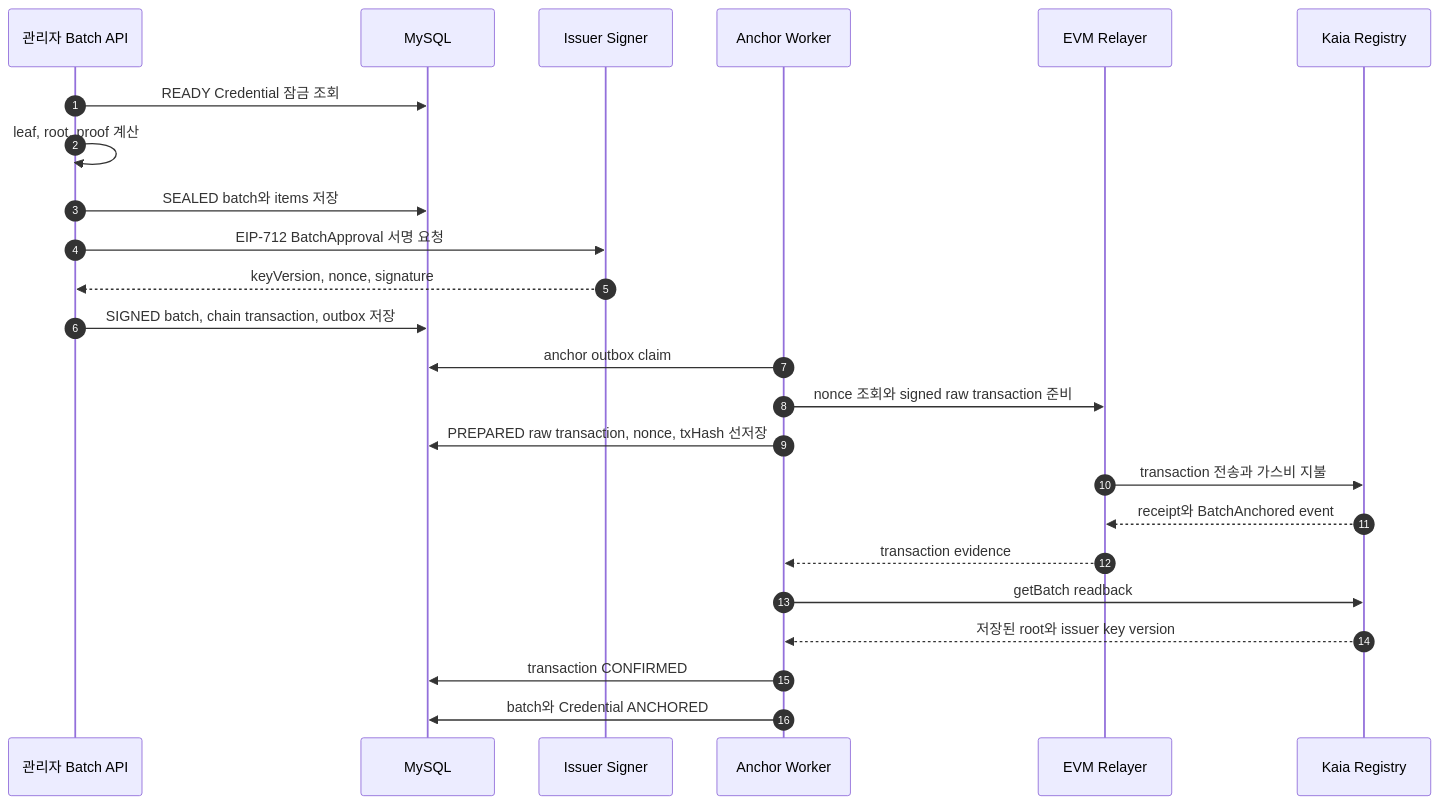
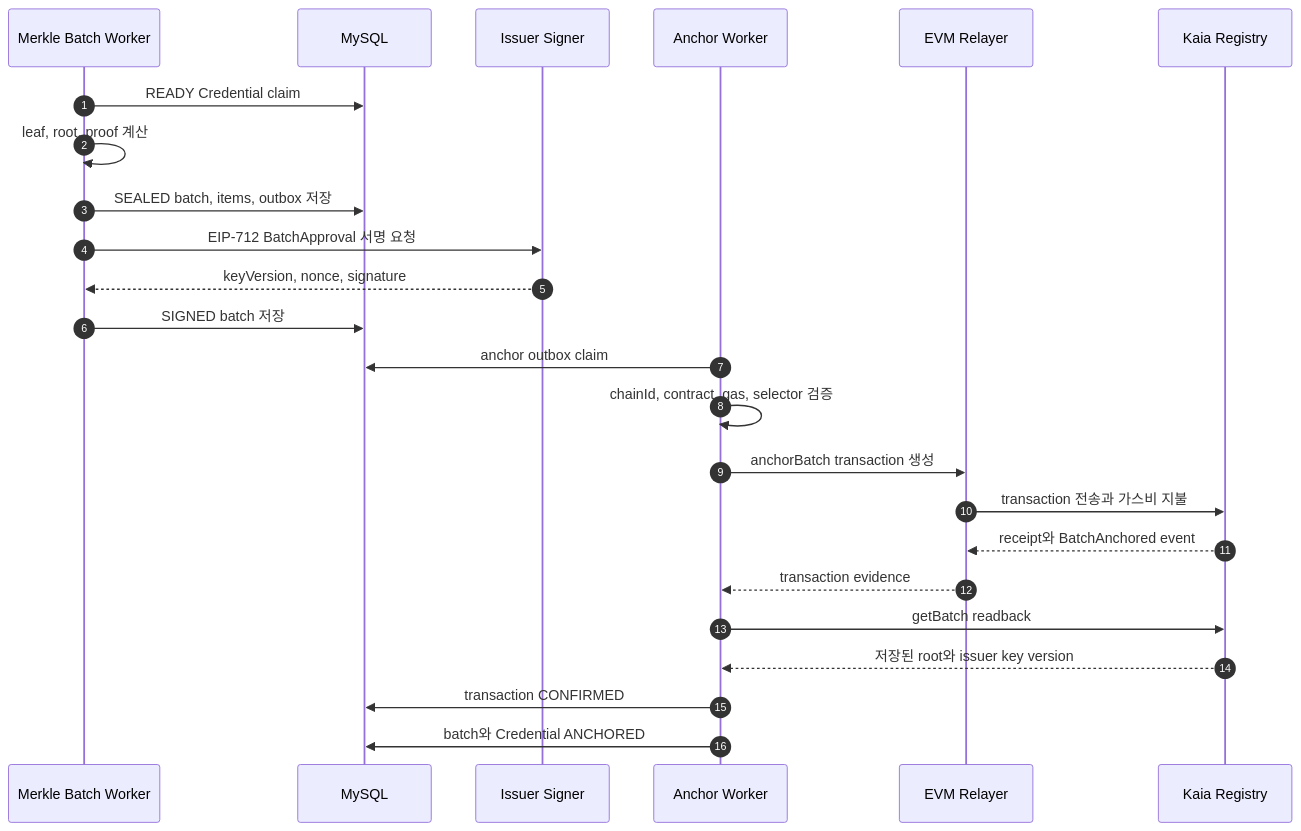
Before and after one commit to Tok-Baro/Trekkey_BackEnd: diagram 12 of 22 in docs/architecture-diagrams.md, drawn with Mermaid. The commit also changed other lines of this file and 408 other files, not shown here.

````diff
--- a/docs/architecture-diagrams.md
+++ b/docs/architecture-diagrams.md
@@ -383,27 +373,27 @@
 ```mermaid
 sequenceDiagram
     autonumber
-    participant Batch as 관리자 Batch API
+    participant Batch as Merkle Batch Worker
     participant DB as MySQL
     participant Signer as Issuer Signer
     participant Anchor as Anchor Worker
     participant Relayer as EVM Relayer
     participant Kaia as Kaia Registry
 
-    Batch->>DB: READY Credential 잠금 조회
+    Batch->>DB: READY Credential claim
     Batch->>Batch: leaf, root, proof 계산
-    Batch->>DB: SEALED batch와 items 저장
+    Batch->>DB: SEALED batch, items, outbox 저장
     Batch->>Signer: EIP-712 BatchApproval 서명 요청
     Signer-->>Batch: keyVersion, nonce, signature
-    Batch->>DB: SIGNED batch, chain transaction, outbox 저장
+    Batch->>DB: SIGNED batch 저장
     Anchor->>DB: anchor outbox claim
-    Anchor->>Relayer: nonce 조회와 signed raw transaction 준비
-    Anchor->>DB: PREPARED raw transaction, nonce, txHash 선저장
+    Anchor->>Anchor: chainId, contract, gas, selector 검증
+    Anchor->>Relayer: anchorBatch transaction 생성
     Relayer->>Kaia: transaction 전송과 가스비 지불
     Kaia-->>Relayer: receipt와 BatchAnchored event
     Relayer-->>Anchor: transaction evidence
     Anchor->>Kaia: getBatch readback
     Kaia-->>Anchor: 저장된 root와 issuer key version
     Anchor->>DB: transaction CONFIRMED
     Anchor->>DB: batch와 Credential ANCHORED
 ```
````
